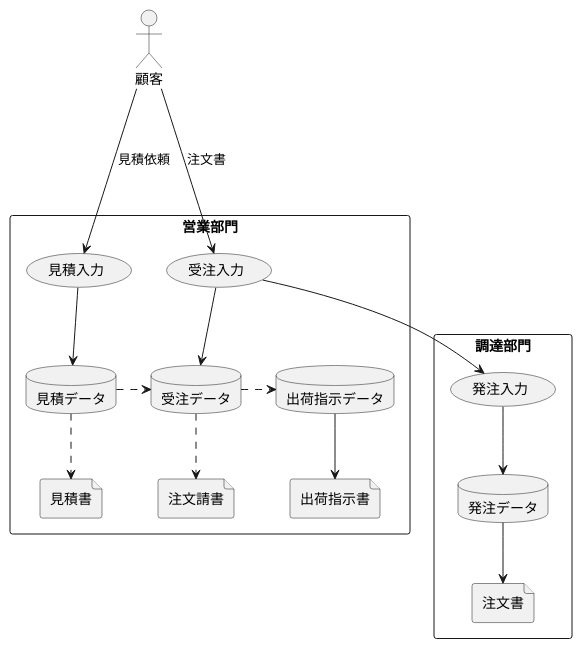
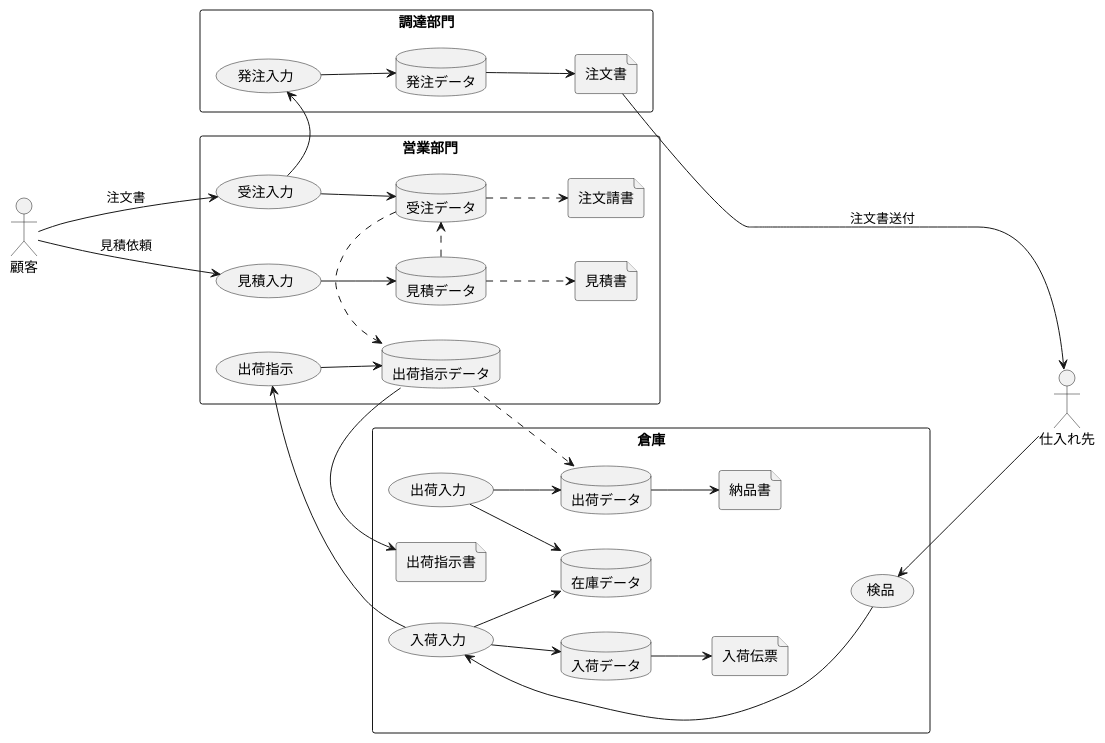
One commit to huginn-9157/TIL changed the diagram in DB/販売管理.md. Above: the diagram before and after it, drawn with PlantUML. The commit also changed other lines of this file and 1 other file, not shown here.

Commit message:
umlの配置が汚い

````diff
--- a/DB/販売管理.md
+++ b/DB/販売管理.md
@@ -23,39 +27,68 @@
 ```plantuml
 @startuml
+left to right direction
 
 actor 顧客
+actor 仕入れ先
 
 rectangle 営業部門 {
     usecase 見積入力
     usecase 受注入力
+    usecase 出荷指示
     database 見積データ
     database 受注データ
     database 出荷指示データ
     file 見積書
     file 注文請書
-    file 出荷指示書
 
     顧客 -do--> 見積入力: 見積依頼
     見積入力 -do-> 見積データ
     見積データ -ri..> 受注データ
     顧客 -do--> 受注入力: 注文書
     受注入力 -do-> 受注データ
     受注データ -ri..> 出荷指示データ
 
+    出荷指示 -do-> 出荷指示データ
     見積データ ..> 見積書
     受注データ ..> 注文請書
-    出荷指示データ -do-> 出荷指示書
 }
 
 rectangle 調達部門 {
     usecase 発注入力
     database 発注データ
     file 注文書
 
-    受注入力 --> 発注入力
+    受注入力 -> 発注入力
     発注入力 -do-> 発注データ
     発注データ -do-> 注文書
+    注文書 -do-> 仕入れ先 :注文書送付
+}
+
+rectangle 倉庫 {
+    usecase 出荷入力
+    usecase 入荷入力
+    usecase 検品
+    database 出荷データ
+    database 在庫データ
+    database 入荷データ
+    file 納品書
+    file 入荷伝票
+    file 出荷指示書
+
+    出荷指示データ -do-> 出荷指示書
+
+    出荷入力 -do-> 出荷データ
+    出荷指示データ ..> 出荷データ
+    出荷データ -do-> 納品書
+    出荷入力 --> 在庫データ
+    入荷入力 --> 出荷指示
+    入荷入力 --> 在庫データ
+    入荷入力 -do-> 入荷データ
+    入荷データ -do-> 入荷伝票
+
+    検品 -up---> 入荷入力
+    仕入れ先 -up--> 検品
 }
 
 @enduml
 ```
````
